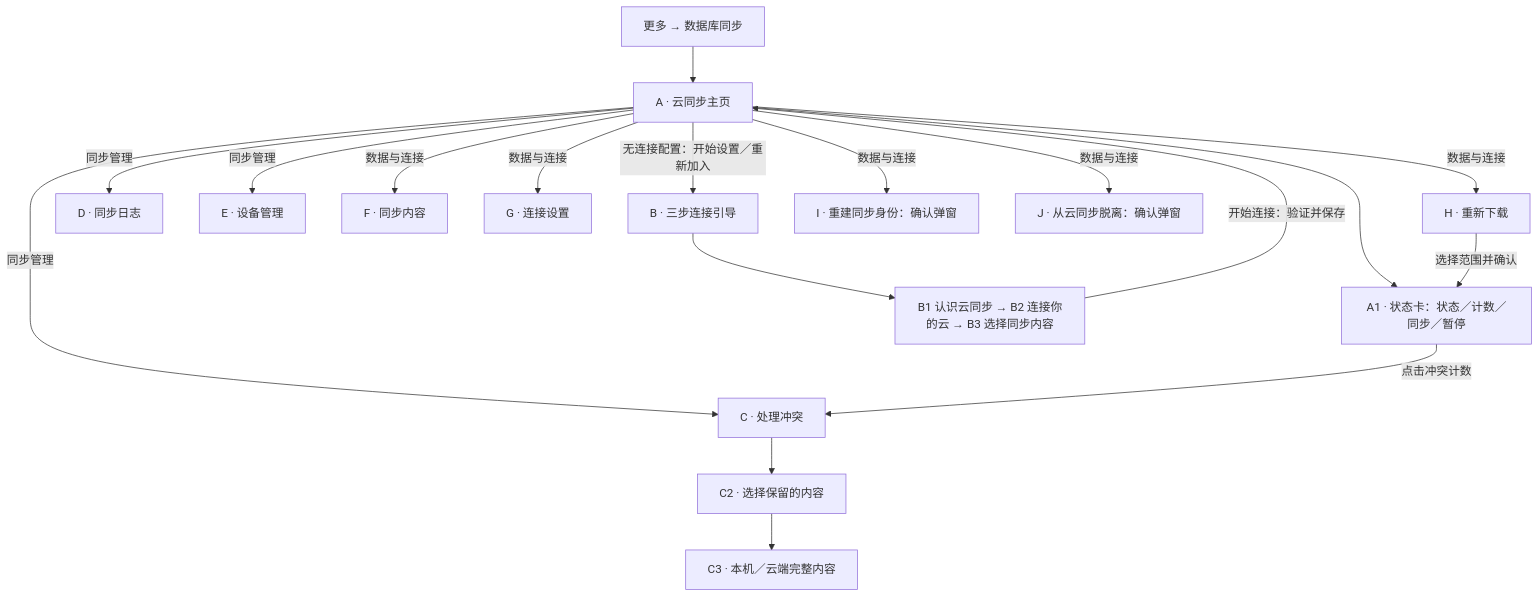
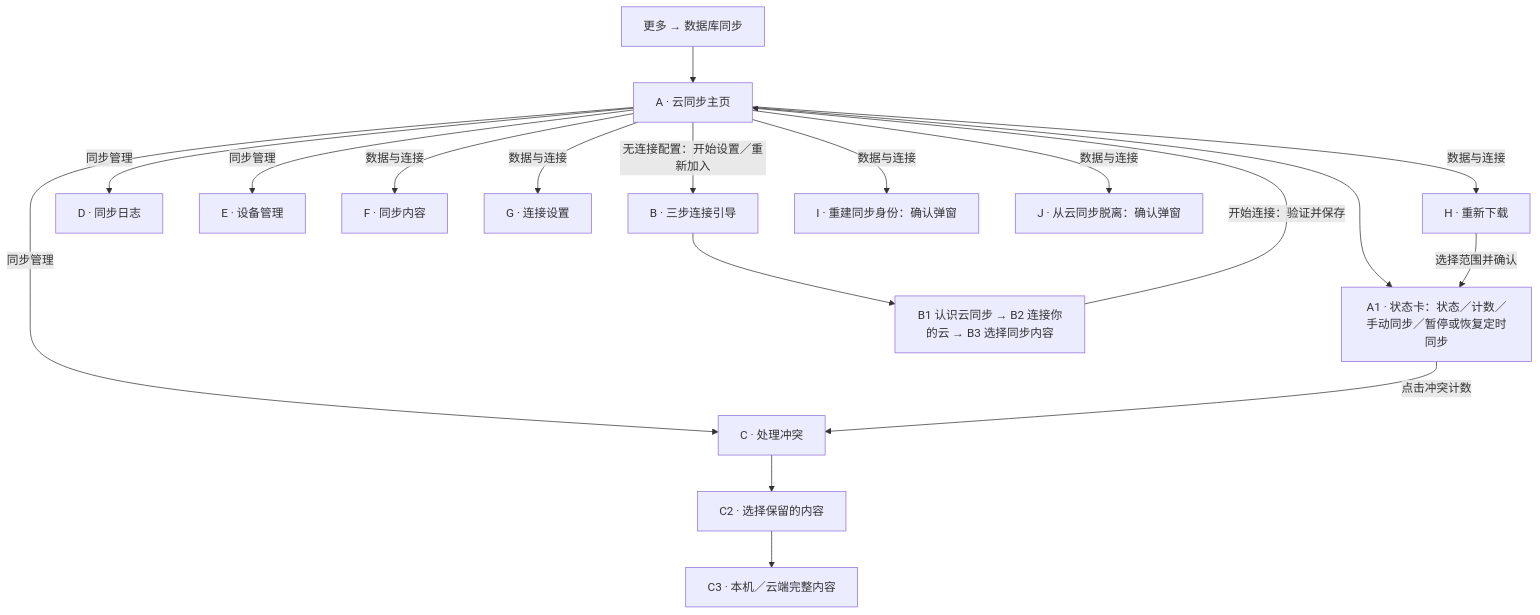
Before and after one commit to Gandum2077/JSEhViewer: the first of 3 diagrams in docs/sync-ui-map.md, drawn with Mermaid. The commit also changed other lines of this file and 7 other files, not shown here.

````diff
--- a/docs/sync-ui-map.md
+++ b/docs/sync-ui-map.md
@@ -7,20 +7,20 @@
 ```mermaid
 flowchart TD
   ENTRY["更多 → 数据库同步"] --> A["A · 云同步主页"]
-  A --> A1["A1 · 状态卡：状态／计数／同步／暂停"]
+  A --> A1["A1 · 状态卡：状态／计数／手动同步／暂停或恢复定时同步"]
   A -->|无连接配置：开始设置／重新加入| B["B · 三步连接引导"]
   B --> B1["B1 认识云同步 → B2 连接你的云 → B3 选择同步内容"]
   B1 -->|开始连接：验证并保存| A
   A -->|同步管理| C["C · 处理冲突"]
   A -->|同步管理| D["D · 同步日志"]
   A -->|同步管理| E["E · 设备管理"]
   A -->|数据与连接| F["F · 同步内容"]
   A -->|数据与连接| G["G · 连接设置"]
   A -->|数据与连接| H["H · 重新下载"]
   A -->|数据与连接| I["I · 重建同步身份：确认弹窗"]
   A -->|数据与连接| J["J · 从云同步脱离：确认弹窗"]
   A1 -->|点击冲突计数| C
   C --> C2["C2 · 选择保留的内容"]
   C2 --> C3["C3 · 本机／云端完整内容"]
   H -->|选择范围并确认| A1
 ```
````
